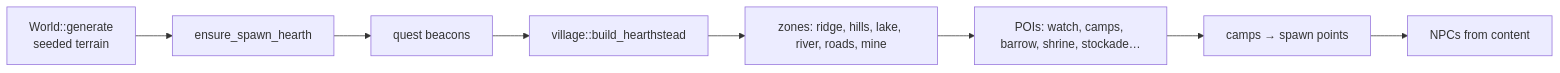
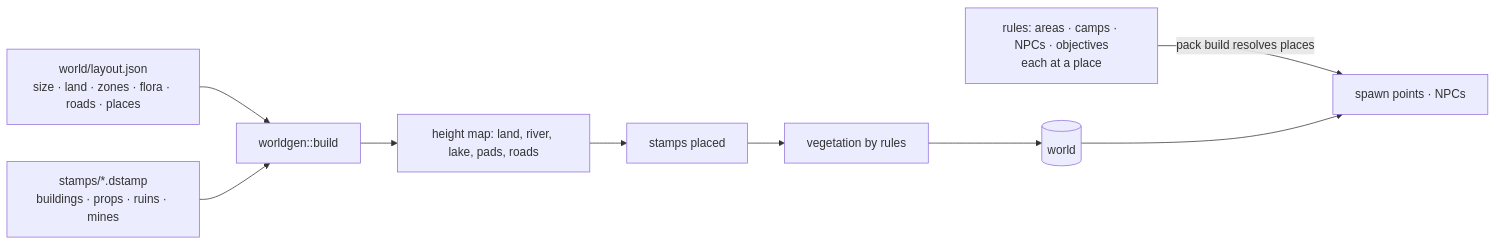
Before and after one commit to mortondev/dyno: the sixth of 8 diagrams in docs/architecture.md, drawn with Mermaid. The commit also changed other lines of this file and 87 other files, not shown here.

First line of the commit message:
World as data: layout.json and stamps build Ashfall Vale at WoW proportions

````diff
--- a/docs/architecture.md
+++ b/docs/architecture.md
@@ -297,10 +297,11 @@
 ```mermaid
 flowchart LR
-  G[World::generate<br/>seeded terrain] --> H[ensure_spawn_hearth]
-  H --> L[quest beacons]
-  L --> V[village::build_hearthstead]
-  V --> Z[zones: ridge, hills, lake, river, roads, mine]
-  Z --> P[POIs: watch, camps, barrow, shrine, stockade…]
-  P --> SP[camps → spawn points]
-  SP --> NPC[NPCs from content]
+  L[world/layout.json<br/>size · land · zones · flora · roads · places] --> B[worldgen::build]
+  ST[stamps/*.dstamp<br/>buildings · props · ruins · mines] --> B
+  B --> T[height map: land, river, lake, pads, roads]
+  T --> S[stamps placed]
+  S --> F[vegetation by rules]
+  F --> W[(world)]
+  R[rules: areas · camps · NPCs · objectives<br/>each at a place] -->|pack build resolves places| SP[spawn points · NPCs]
+  W --> SP
 ```
````
